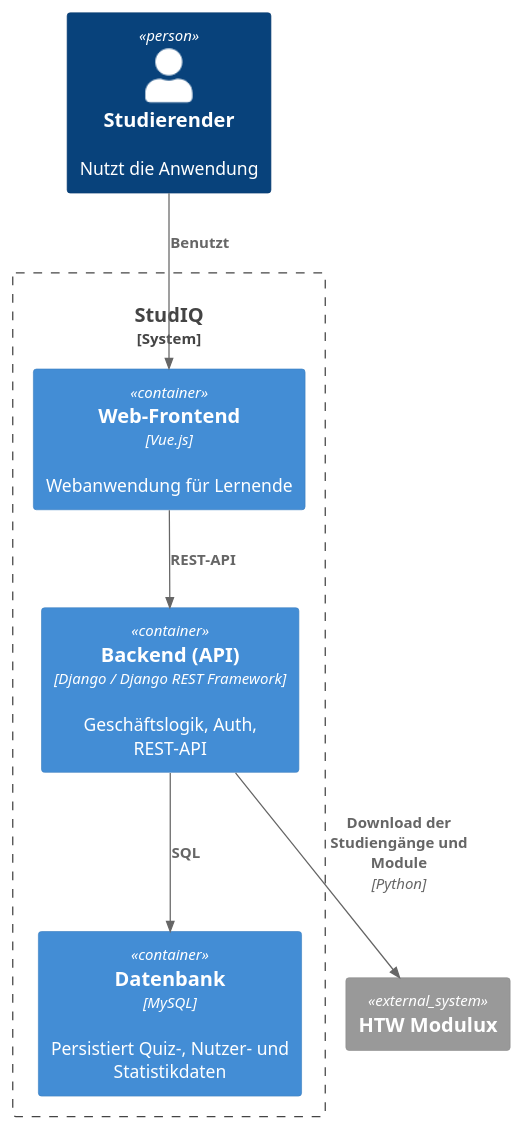
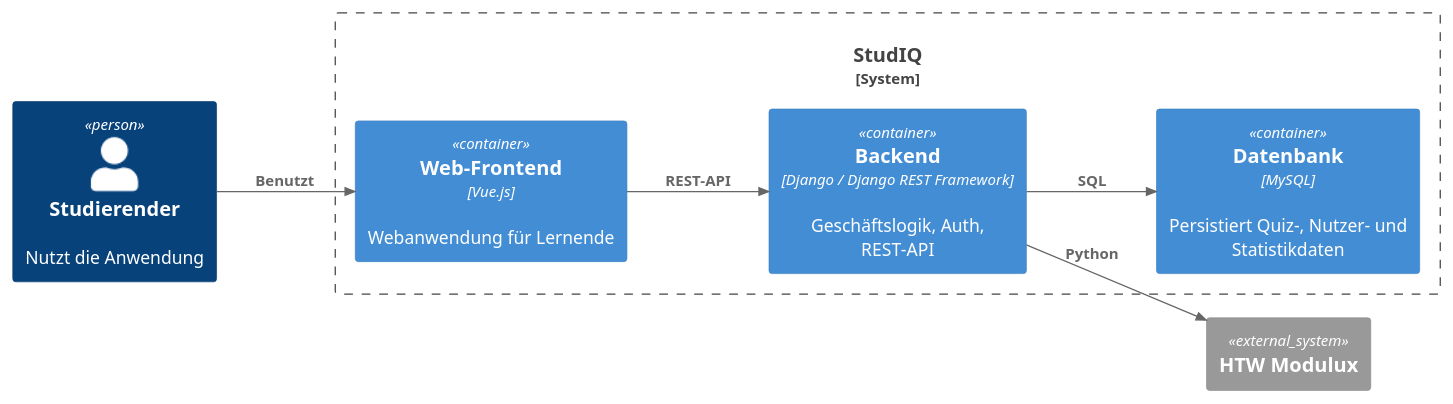
One commit to Gorg-tech/StudIQ changed the diagram in docs/architecture/images/c4-lvl2.puml. Above: the diagram before and after it, drawn with PlantUML.

Commit message:
layout from vertical to horizontal

```diff
--- a/docs/architecture/images/c4-lvl2.puml
+++ b/docs/architecture/images/c4-lvl2.puml
@@ -1,21 +1,23 @@
 @startuml 
 
 !include <C4/C4_Context.puml>
 !include <C4/C4_Container.puml>
 
+LAYOUT_LEFT_RIGHT()
+
 Person(user, "Studierender", "Nutzt die Anwendung")
 
 System_Boundary(StudIQ, "StudIQ") {
   Container(web, "Web-Frontend", "Vue.js", "Webanwendung für Lernende")
-  Container(api, "Backend (API)", "Django / Django REST Framework", "Geschäftslogik, Auth, REST-API")
+  Container(api, "Backend ", "Django / Django REST Framework", "Geschäftslogik, Auth, REST-API")
   Container(db, "Datenbank", "MySQL", "Persistiert Quiz-, Nutzer- und Statistikdaten")
 }
 
 System_Ext(htw_auth, "HTW Modulux")
 
 Rel(user, web, "Benutzt")
 Rel(web, api, "REST-API")
 Rel(api, db, "SQL")
-Rel(api, htw_auth, "Download der Studiengänge und Module", "Python")
+Rel(api, htw_auth, "Python")
 
 @enduml
```
